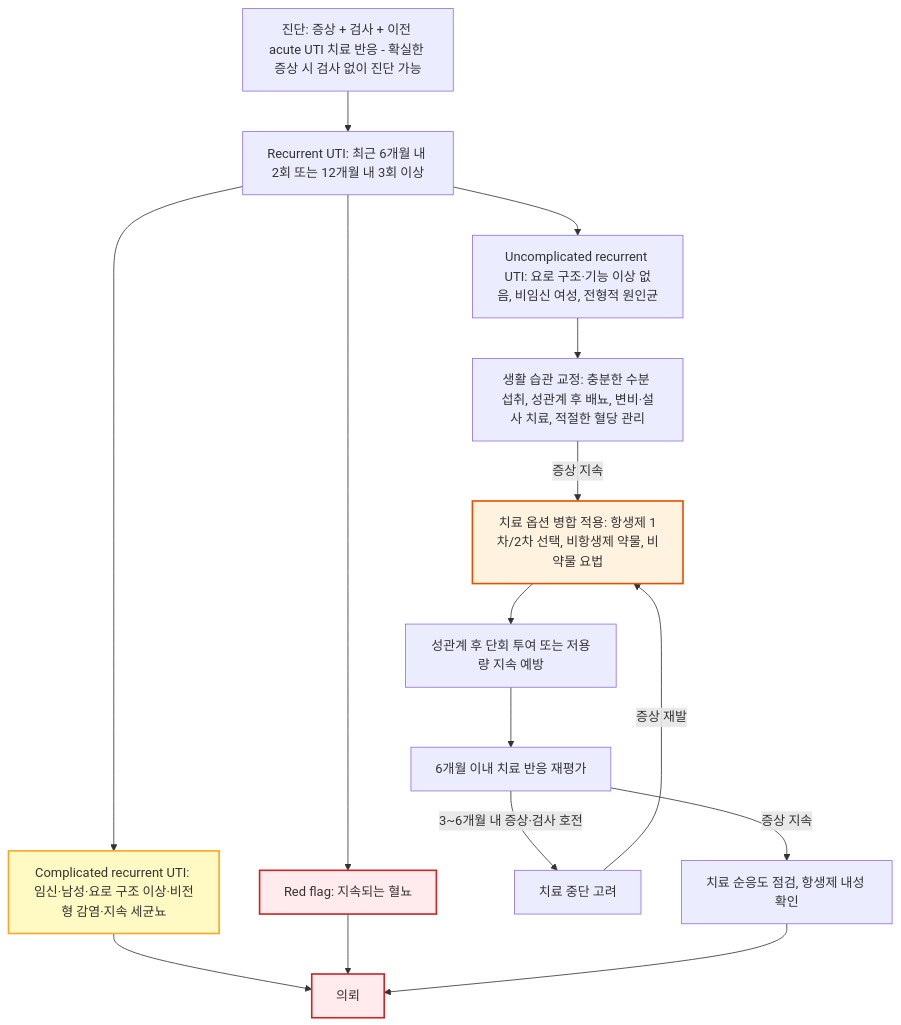
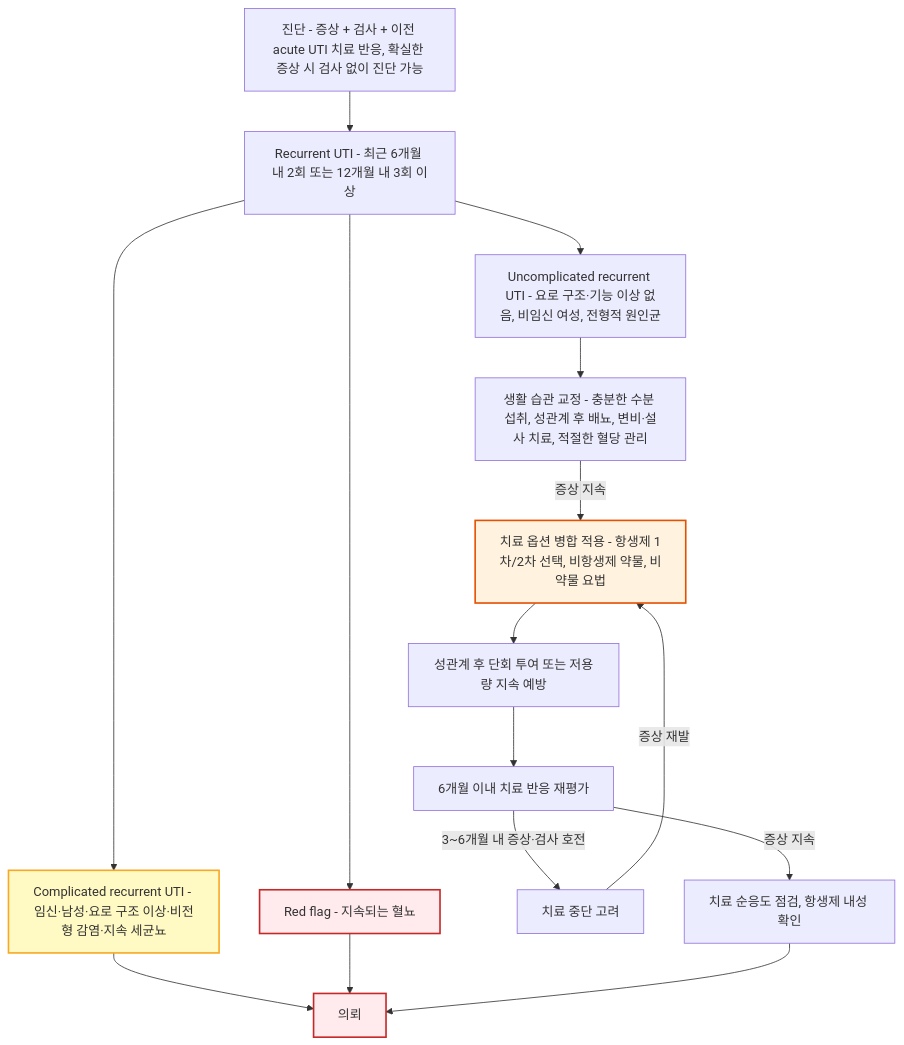
Before and after one commit to familyoh77/familyoh77: the fifth of 5 diagrams in 227_/113_-urinary-tract-infection.md, drawn with Mermaid. The commit also changed other lines of this file, not shown here.

````diff
--- a/227_/113_-urinary-tract-infection.md
+++ b/227_/113_-urinary-tract-infection.md
@@ -314,22 +314,22 @@
 ```mermaid
 graph TD
-    A[진단: 증상 + 검사 + 이전 acute UTI 치료 반응 - 확실한 증상 시 검사 없이 진단 가능] --> B[Recurrent UTI: 최근 6개월 내 2회 또는 12개월 내 3회 이상]
-    B --> C[Uncomplicated recurrent UTI: 요로 구조·기능 이상 없음, 비임신 여성, 전형적 원인균]
-    B --> D[Complicated recurrent UTI: 임신·남성·요로 구조 이상·비전형 감염·지속 세균뇨]
-    B --> E[Red flag: 지속되는 혈뇨]
-    D --> F[의뢰]
+    A["진단 - 증상 + 검사 + 이전 acute UTI 치료 반응, 확실한 증상 시 검사 없이 진단 가능"] --> B["Recurrent UTI - 최근 6개월 내 2회 또는 12개월 내 3회 이상"]
+    B --> C["Uncomplicated recurrent UTI - 요로 구조·기능 이상 없음, 비임신 여성, 전형적 원인균"]
+    B --> D["Complicated recurrent UTI - 임신·남성·요로 구조 이상·비전형 감염·지속 세균뇨"]
+    B --> E["Red flag - 지속되는 혈뇨"]
+    D --> F["의뢰"]
     E --> F
-    C --> G[생활 습관 교정: 충분한 수분 섭취, 성관계 후 배뇨, 변비·설사 치료, 적절한 혈당 관리]
-    G -->|증상 지속| H[치료 옵션 병합 적용: 항생제 1차/2차 선택, 비항생제 약물, 비약물 요법]
-    H --> I[성관계 후 단회 투여 또는 저용량 지속 예방]
-    I --> J[6개월 이내 치료 반응 재평가]
-    J -->|3~6개월 내 증상·검사 호전| K[치료 중단 고려]
-    J -->|증상 지속| L[치료 순응도 점검, 항생제 내성 확인]
+    C --> G["생활 습관 교정 - 충분한 수분 섭취, 성관계 후 배뇨, 변비·설사 치료, 적절한 혈당 관리"]
+    G -->|증상 지속| H["치료 옵션 병합 적용 - 항생제 1차/2차 선택, 비항생제 약물, 비약물 요법"]
+    H --> I["성관계 후 단회 투여 또는 저용량 지속 예방"]
+    I --> J["6개월 이내 치료 반응 재평가"]
+    J -->|3~6개월 내 증상·검사 호전| K["치료 중단 고려"]
+    J -->|증상 지속| L["치료 순응도 점검, 항생제 내성 확인"]
     K -->|증상 재발| H
     L --> F
 
     style D fill:#fff9c4,stroke:#f9a825,stroke-width:2px
     style E fill:#ffebee,stroke:#c62828,stroke-width:2px
     style F fill:#ffebee,stroke:#c62828,stroke-width:2px
     style H fill:#fff3e0,stroke:#e65100,stroke-width:2px
 ```
````
